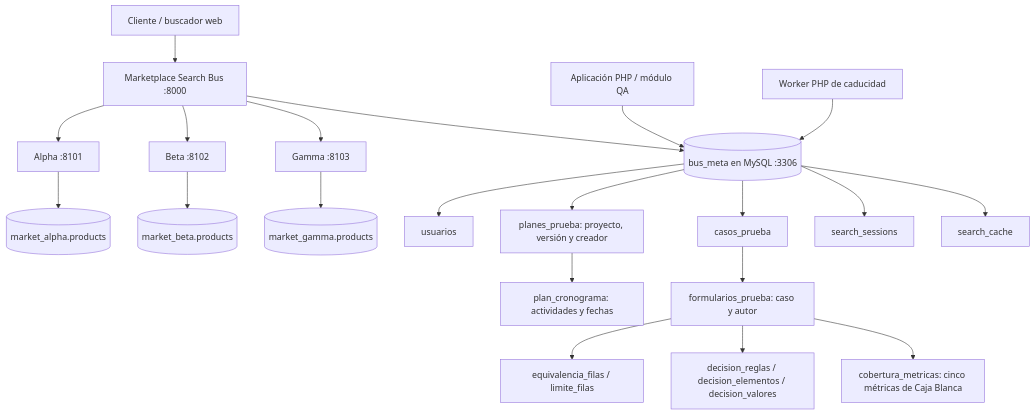
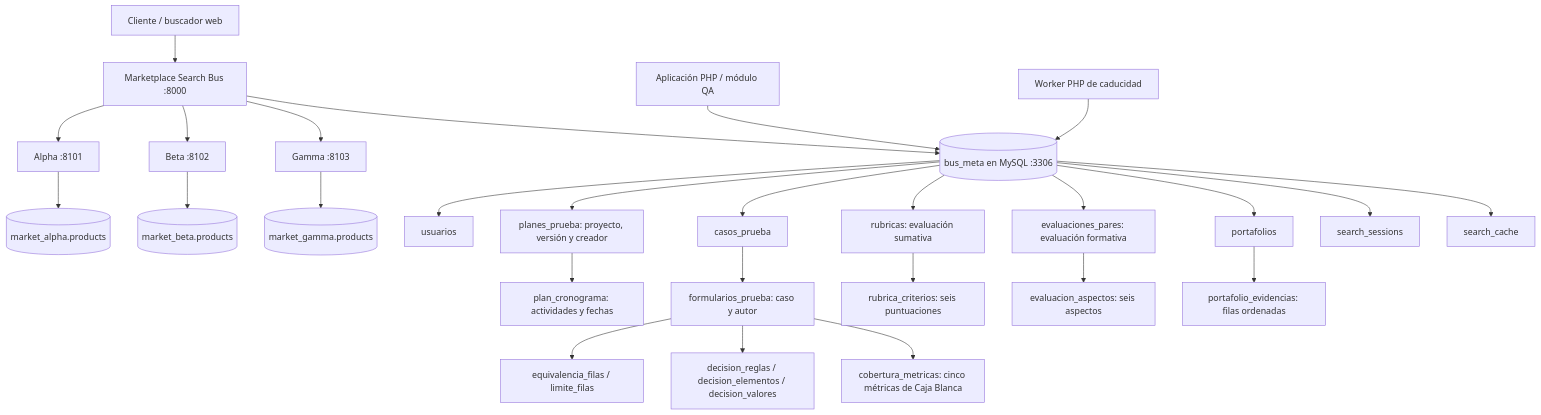
Before and after one commit to jrod-md/ISA3-P: the diagram in docs/architecture.md, drawn with Mermaid. The commit also changed other lines of this file and 26 other files, not shown here.

````diff
--- a/docs/architecture.md
+++ b/docs/architecture.md
@@ -3,23 +3,29 @@
 ```mermaid
 flowchart TD
     Cliente[Cliente / buscador web] --> Bus[Marketplace Search Bus :8000]
     Bus --> Alpha[Alpha :8101]
     Bus --> Beta[Beta :8102]
     Bus --> Gamma[Gamma :8103]
     Alpha --> MA[(market_alpha.products)]
     Beta --> MB[(market_beta.products)]
     Gamma --> MG[(market_gamma.products)]
     Bus --> Meta[(bus_meta en MySQL :3306)]
     QA[Aplicación PHP / módulo QA] --> Meta
     Meta --> U[usuarios]
     Meta --> C[casos_prueba]
     Meta --> P[planes_prueba: proyecto, versión y creador]
     P --> PC[plan_cronograma: actividades y fechas]
     C --> F[formularios_prueba: caso y autor]
     F --> E[equivalencia_filas / limite_filas]
     F --> D[decision_reglas / decision_elementos / decision_valores]
     F --> CB[cobertura_metricas: cinco métricas de Caja Blanca]
+    Meta --> R[rubricas: evaluación sumativa]
+    R --> RC[rubrica_criterios: seis puntuaciones]
+    Meta --> EP[evaluaciones_pares: evaluación formativa]
+    EP --> EA[evaluacion_aspectos: seis aspectos]
+    Meta --> PF[portafolios]
+    PF --> PE[portafolio_evidencias: filas ordenadas]
     Meta --> S[search_sessions]
     Meta --> K[search_cache]
     Worker[Worker PHP de caducidad] --> Meta
 ```
````
